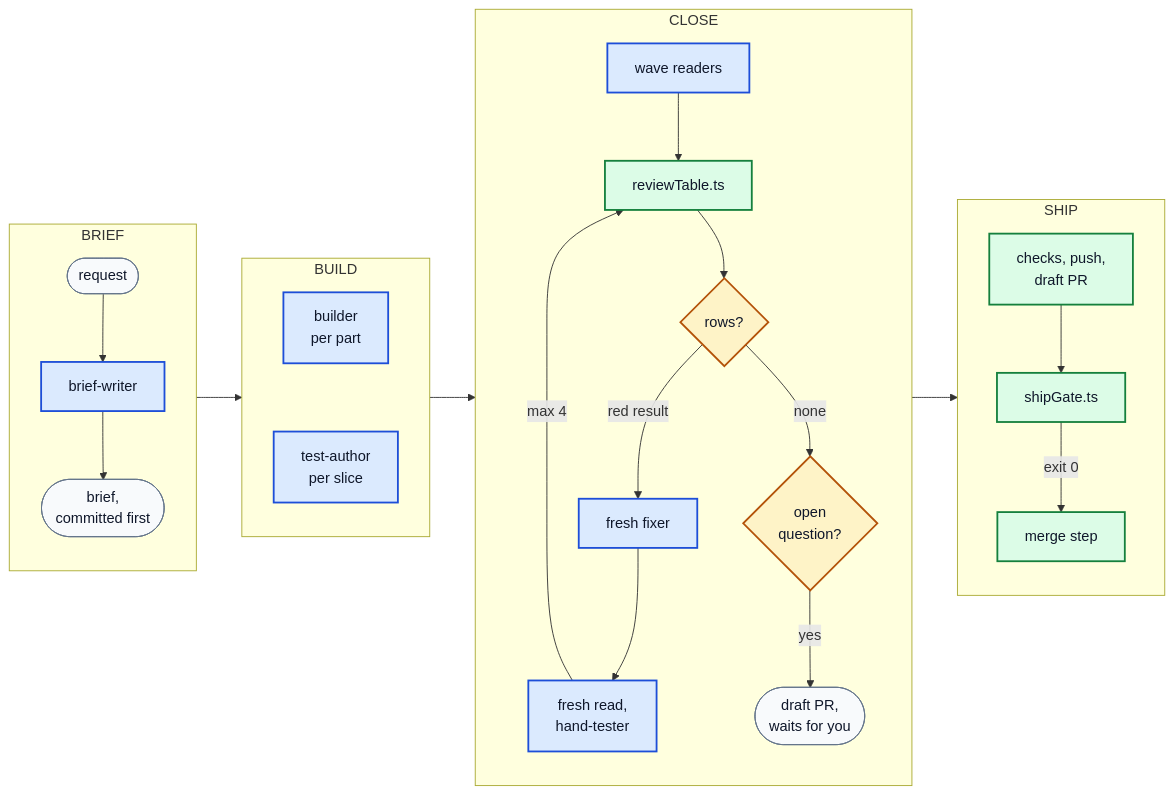
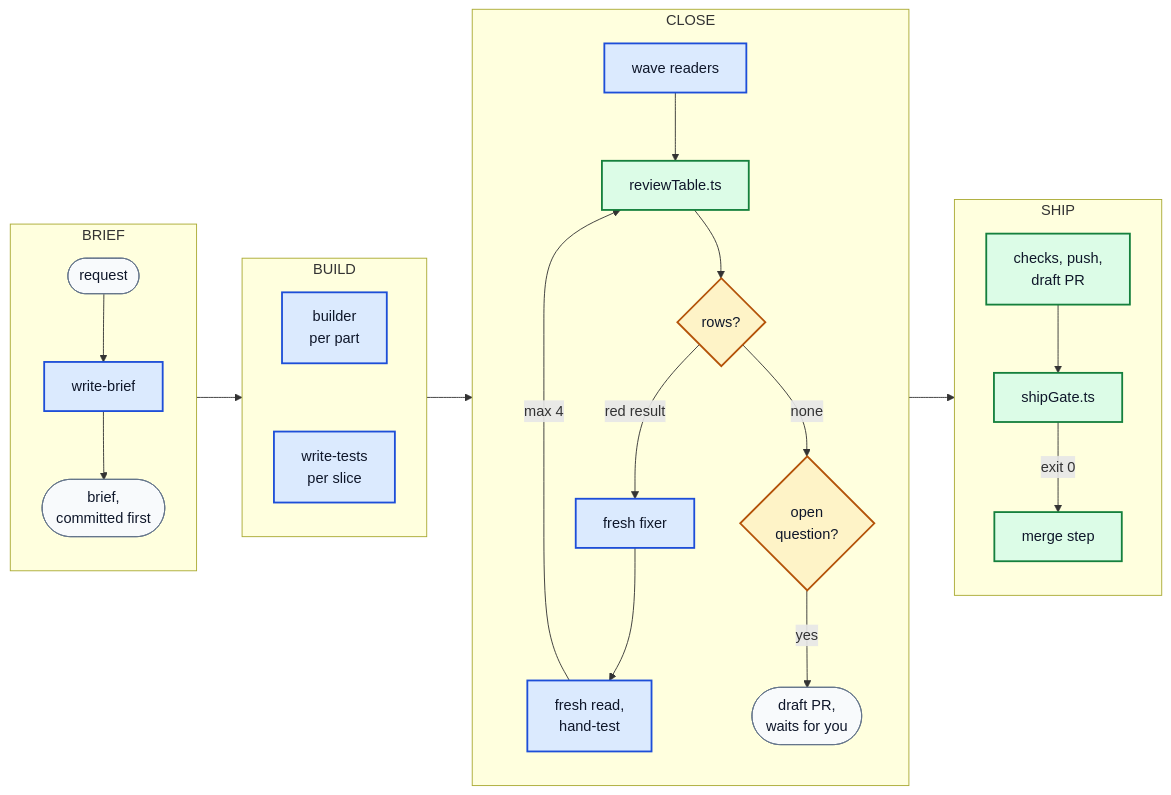
The diagram in docs/media/run.mmd (federbenjamin/agent-build), drawn with Mermaid before and after one commit. The commit also changed 273 other files, not shown here.

```diff
--- a/docs/media/run.mmd
+++ b/docs/media/run.mmd
@@ -1,50 +1,50 @@
 flowchart LR
     subgraph BRIEF
         direction TB
         req(["request"])
-        bw["brief-writer"]
+        bw["write-brief"]
         bc(["brief,<br/>committed first"])
         req --> bw --> bc
     end
 
     subgraph BUILD
         direction TB
         bld["builder<br/>per part"]
-        ta["test-author<br/>per slice"]
+        ta["write-tests<br/>per slice"]
         bld ~~~ ta
     end
 
     subgraph CLOSE
         direction TB
         wave["wave readers"]
         table["reviewTable.ts"]
         rows{"rows?"}
         fixer["fresh fixer"]
-        recheck["fresh read,<br/>hand-tester"]
+        recheck["fresh read,<br/>hand-test"]
         open{"open<br/>question?"}
         draft(["draft PR,<br/>waits for you"])
         wave --> table --> rows
         rows -->|"red result"| fixer --> recheck
         recheck -->|"max 4"| table
         rows -->|"none"| open
         open -->|"yes"| draft
     end
 
     subgraph SHIP
         direction TB
         push["checks, push,<br/>draft PR"]
         gate["shipGate.ts"]
         merge["merge step"]
         push --> gate -->|"exit 0"| merge
     end
 
     BRIEF --> BUILD --> CLOSE --> SHIP
 
     classDef agent fill:#dbeafe,stroke:#1d4ed8,stroke-width:2px,color:#0f172a
     classDef script fill:#dcfce7,stroke:#15803d,stroke-width:2px,color:#0f172a
     classDef decision fill:#fef3c7,stroke:#b45309,stroke-width:2px,color:#0f172a
     classDef artifact fill:#f8fafc,stroke:#64748b,stroke-width:1px,color:#0f172a
     class bw,bld,ta,wave,fixer,recheck agent
     class table,gate,merge,push script
     class rows,open decision
     class req,bc,draft artifact
```
